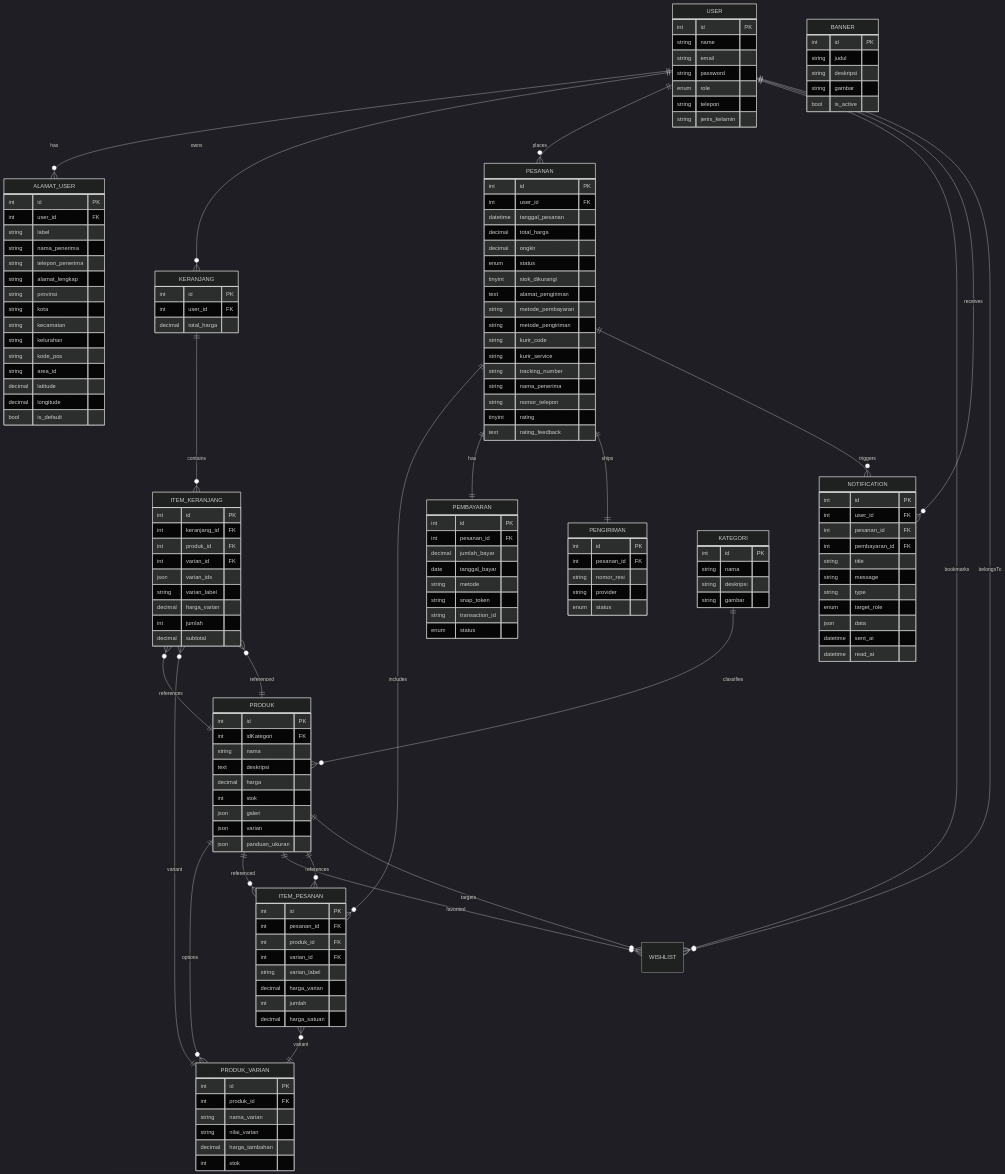
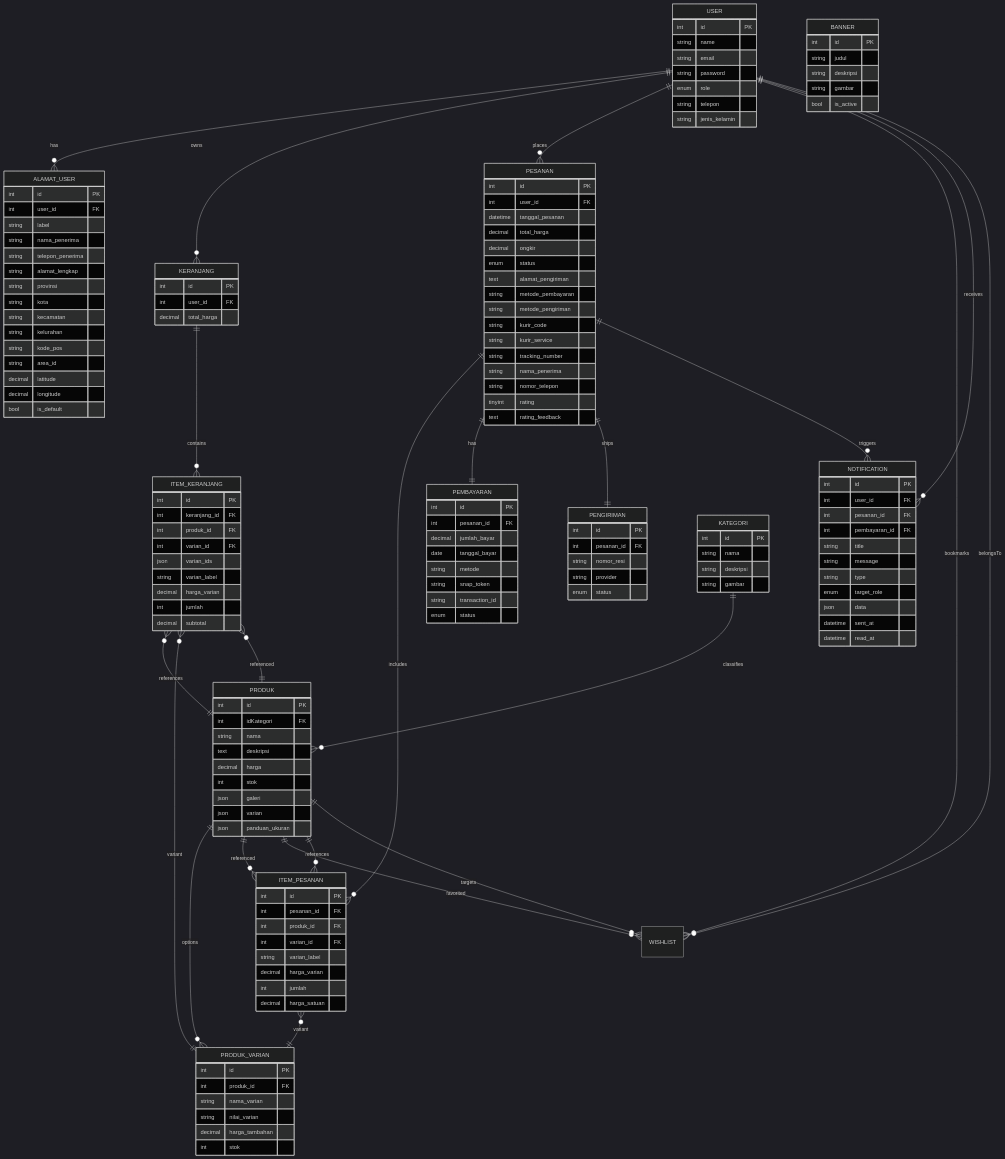
The fifth of 5 diagrams in docs/athleon-api-docs.md (Ali14715/Athleon), drawn with Mermaid (dark theme) before and after one commit. The commit also changed 5 other files, not shown here.

```diff
--- a/docs/athleon-api-docs.md
+++ b/docs/athleon-api-docs.md
@@ -389,7 +389,6 @@
         decimal total_harga
         decimal ongkir
         enum status
-        tinyint stok_dikurangi
         text alamat_pengiriman
         string metode_pembayaran
         string metode_pengiriman
```
